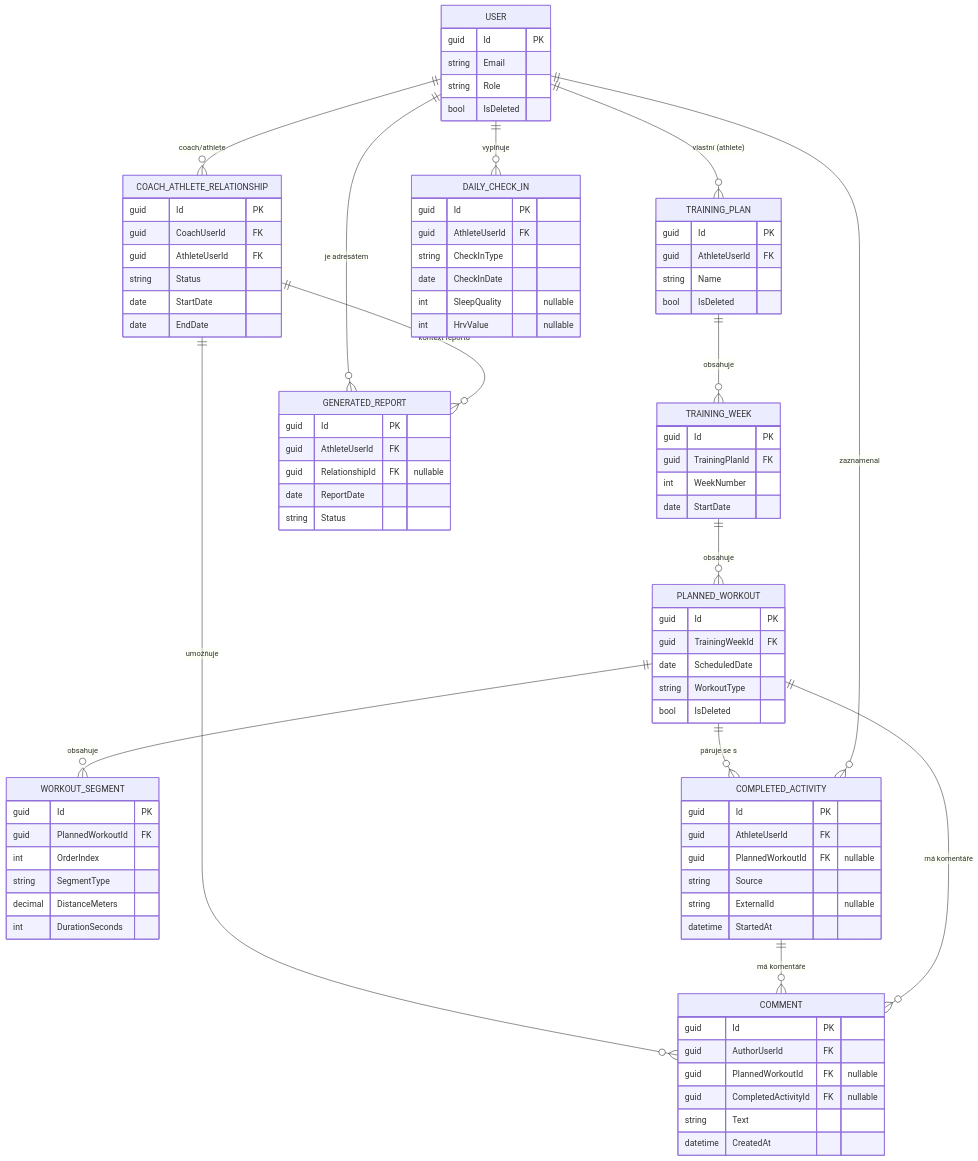
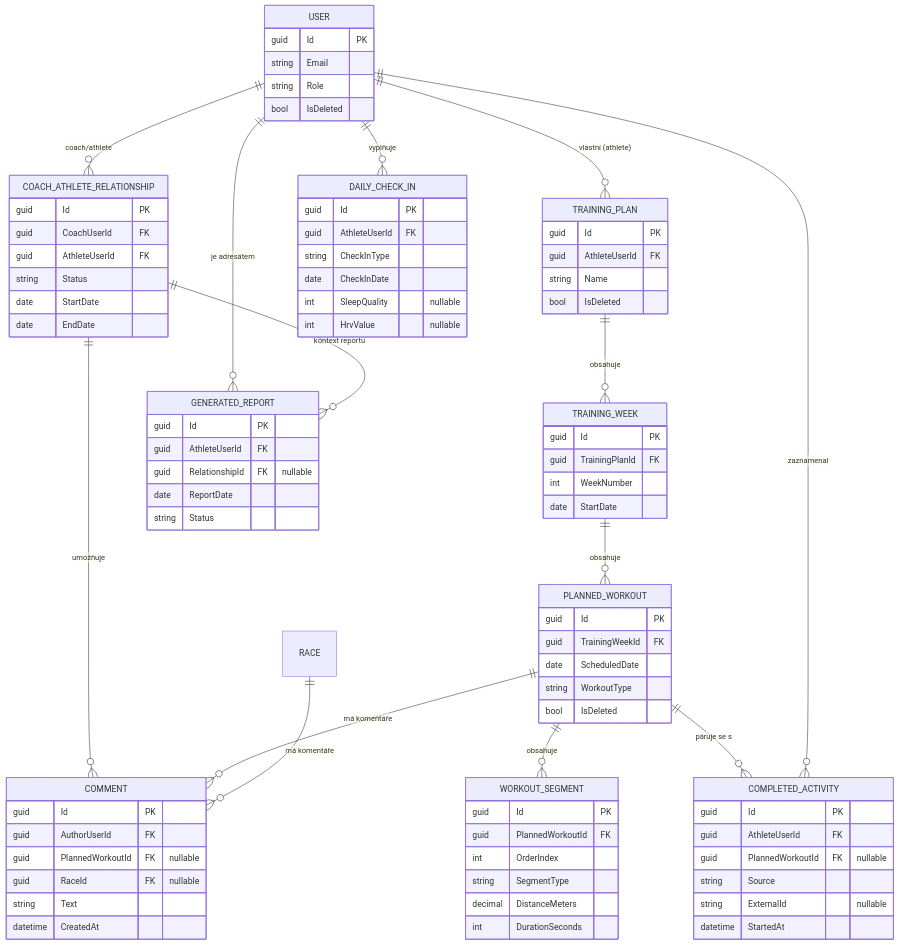
Before and after one commit to schacherlhonza/peakform: the diagram in docs/data-model.md, drawn with Mermaid. The commit also changed other lines of this file and 79 other files, not shown here.

```diff
--- a/docs/data-model.md
+++ b/docs/data-model.md
@@ -112,8 +112,8 @@
     PLANNED_WORKOUT ||--o{ WORKOUT_SEGMENT : obsahuje
     PLANNED_WORKOUT ||--o{ COMPLETED_ACTIVITY : "páruje se s"
     USER ||--o{ COMPLETED_ACTIVITY : zaznamenal
-    COMPLETED_ACTIVITY ||--o{ COMMENT : "má komentáře"
     PLANNED_WORKOUT ||--o{ COMMENT : "má komentáře"
+    RACE ||--o{ COMMENT : "má komentáře"
     USER ||--o{ DAILY_CHECK_IN : vyplňuje
     USER ||--o{ GENERATED_REPORT : "je adresátem"
     COACH_ATHLETE_RELATIONSHIP ||--o{ GENERATED_REPORT : "kontext reportu"
@@ -179,7 +179,7 @@
         guid Id PK
         guid AuthorUserId FK
         guid PlannedWorkoutId FK "nullable"
-        guid CompletedActivityId FK "nullable"
+        guid RaceId FK "nullable"
         string Text
         datetime CreatedAt
     }
```
